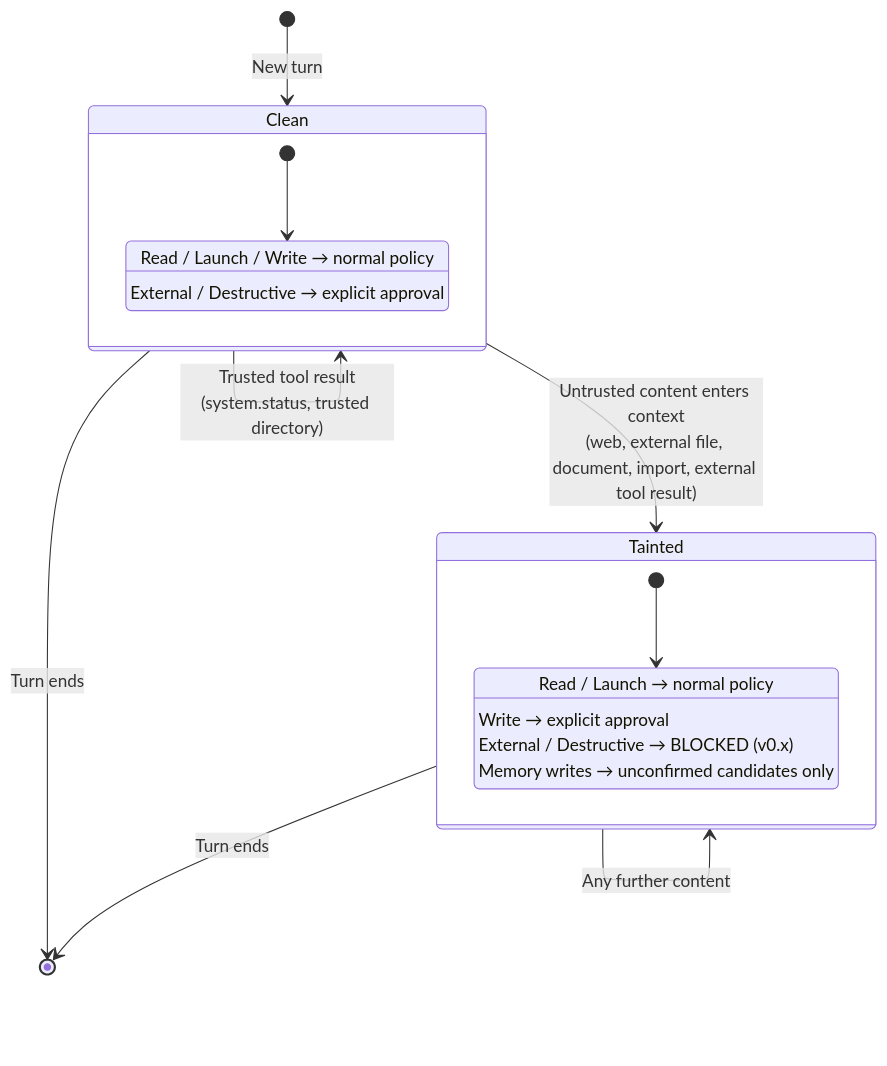
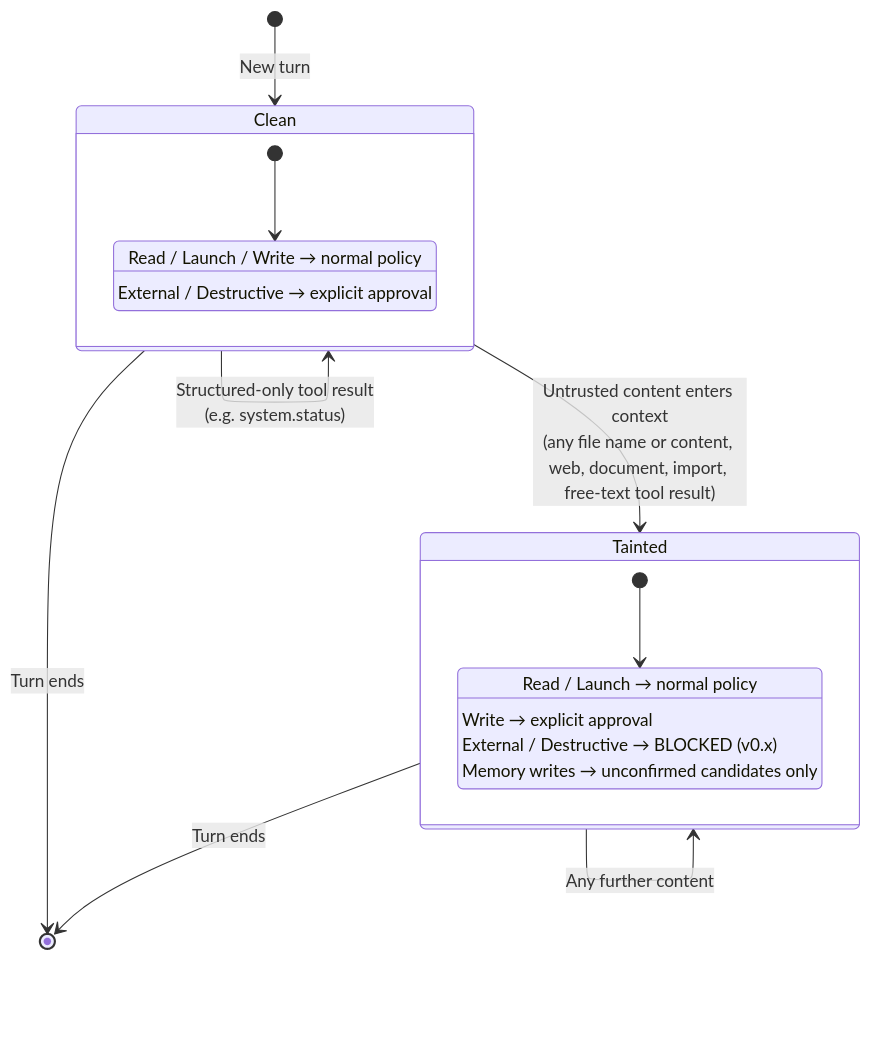
The ninth of 21 diagrams in docs/PLAN.md (eerenyilmazz/mell-assistant), drawn with Mermaid before and after one commit. The commit also changed other lines of this file and 1 other file, not shown here.

First line of the commit message:
docs(plan): v0.5 architecture fixes from v0.4 review

````diff
--- a/docs/PLAN.md
+++ b/docs/PLAN.md
@@ -452,23 +551,23 @@
 ```mermaid
 stateDiagram-v2
     [*] --> Clean: New turn
-    Clean --> Tainted: Untrusted content enters context<br/>(web, external file, document, import, external tool result)
-    Clean --> Clean: Trusted tool result<br/>(system.status, trusted directory)
+    Clean --> Tainted: Untrusted content enters context<br/>(any file name or content, web, document, import, free-text tool result)
+    Clean --> Clean: Structured-only tool result<br/>(e.g. system.status)
     Tainted --> Tainted: Any further content
 
     state Clean {
         [*] --> c_policy
         c_policy: Read / Launch / Write → normal policy
         c_policy: External / Destructive → explicit approval
     }
     state Tainted {
         [*] --> t_policy
         t_policy: Read / Launch → normal policy
         t_policy: Write → explicit approval
         t_policy: External / Destructive → BLOCKED (v0.x)
         t_policy: Memory writes → unconfirmed candidates only
     }
 
     Clean --> [*]: Turn ends
     Tainted --> [*]: Turn ends
 ```
````
